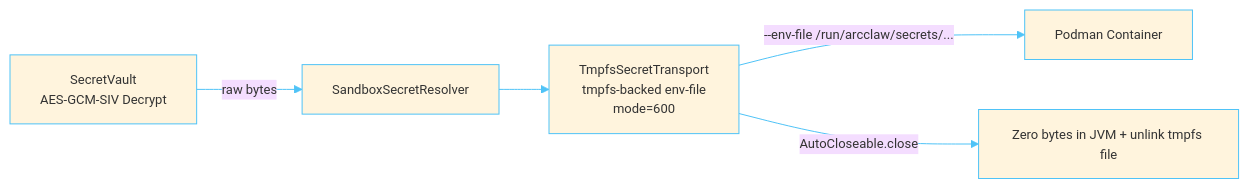
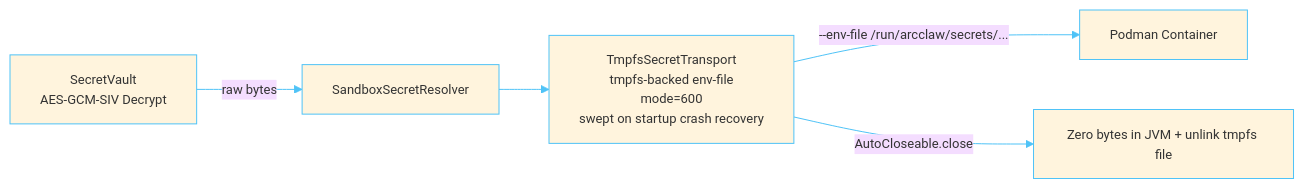
The eighth of 8 diagrams in README.md (rsrini7/AmshaAgent), drawn with Mermaid before and after one commit. The commit also changed other lines of this file, not shown here.

````diff
--- a/README.md
+++ b/README.md
@@ -945,8 +999,8 @@
 ```mermaid
 %%{init: {'theme': 'base', 'themeVariables': {'primaryBorderColor': '#4fc3f7', 'lineColor': '#4fc3f7', 'activationBorderColor': '#4fc3f7', 'actorBorder': '#4fc3f7', 'actorLineColor': '#4fc3f7','labelBoxBorderColor': '#0b0c0cff', 'noteBorderColor': '#81c784', 'fontSize': '13px'}}}%%
 graph LR
     SV[SecretVault<br/>AES-GCM-SIV Decrypt] -->|raw bytes| SR[SandboxSecretResolver]
-    SR --> TT[TmpfsSecretTransport<br/>tmpfs-backed env-file<br/>mode=600]
+    SR --> TT[TmpfsSecretTransport<br/>tmpfs-backed env-file<br/>mode=600<br/>swept on startup crash recovery]
     TT -->|--env-file /run/arcclaw/secrets/...| Podman[Podman Container]
     TT -->|AutoCloseable.close| Zero[Zero bytes in JVM + unlink tmpfs file]
 ```
````
